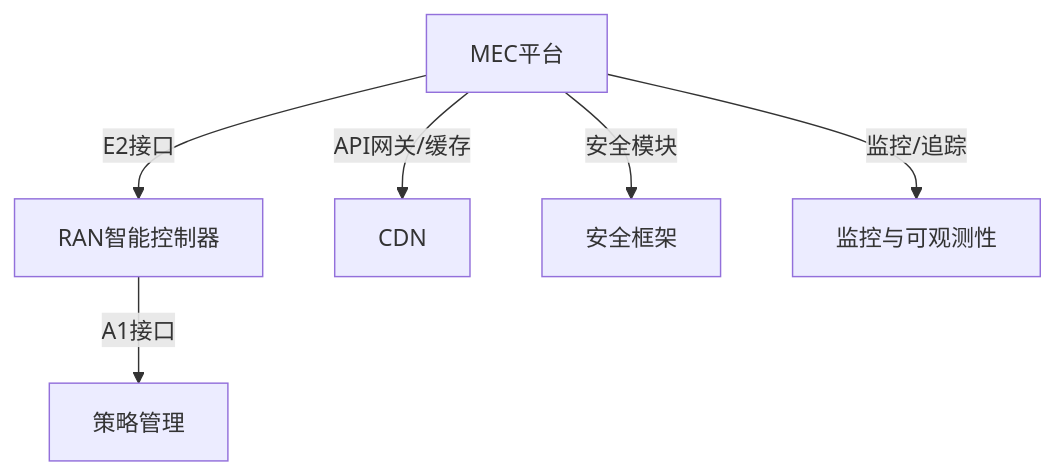
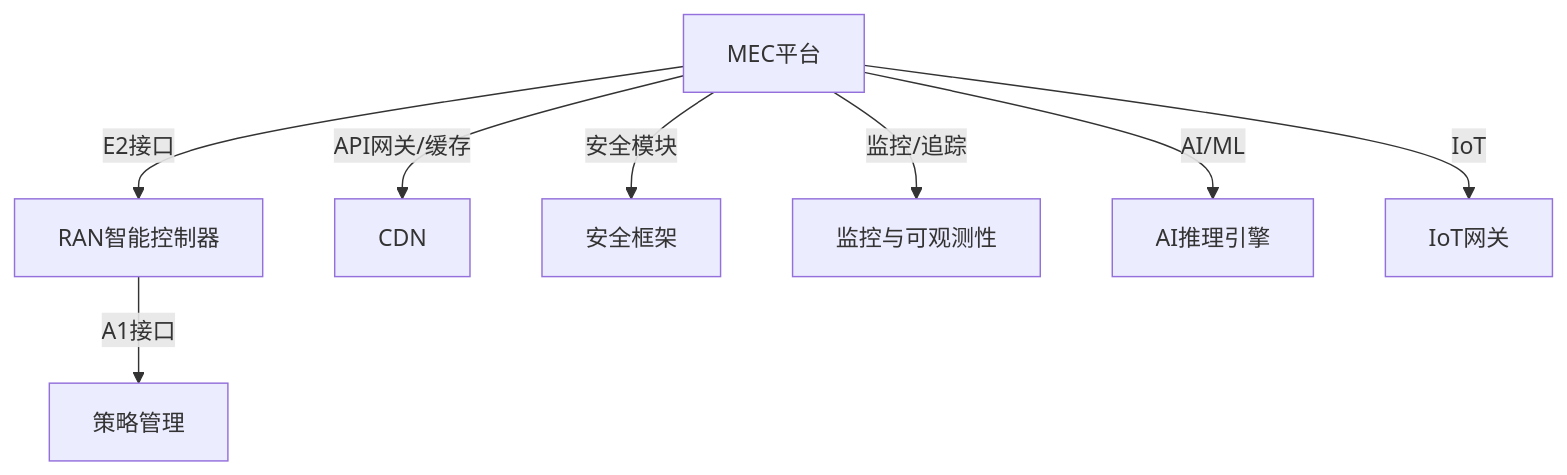
One commit to allengaller/oran-database changed the ninth of 10 diagrams in .qoder/repowiki/zh/content/应用场景/边缘计算集成.md. Above: the diagram before and after it, drawn with Mermaid. The commit also changed other lines of this file and 32 other files, not shown here.

````diff
--- a/.qoder/repowiki/zh/content/应用场景/边缘计算集成.md
+++ b/.qoder/repowiki/zh/content/应用场景/边缘计算集成.md
@@ -293,8 +315,10 @@
 ```mermaid
 graph TB
 MEC["MEC平台"] --> |E2接口| RIC["RAN智能控制器"]
 MEC --> |API网关/缓存| CDN["CDN"]
 MEC --> |安全模块| SEC["安全框架"]
 MEC --> |监控/追踪| OBS["监控与可观测性"]
 RIC --> |A1接口| POL["策略管理"]
+MEC --> |AI/ML| AI["AI推理引擎"]
+MEC --> |IoT| GW["IoT网关"]
 ```
````
